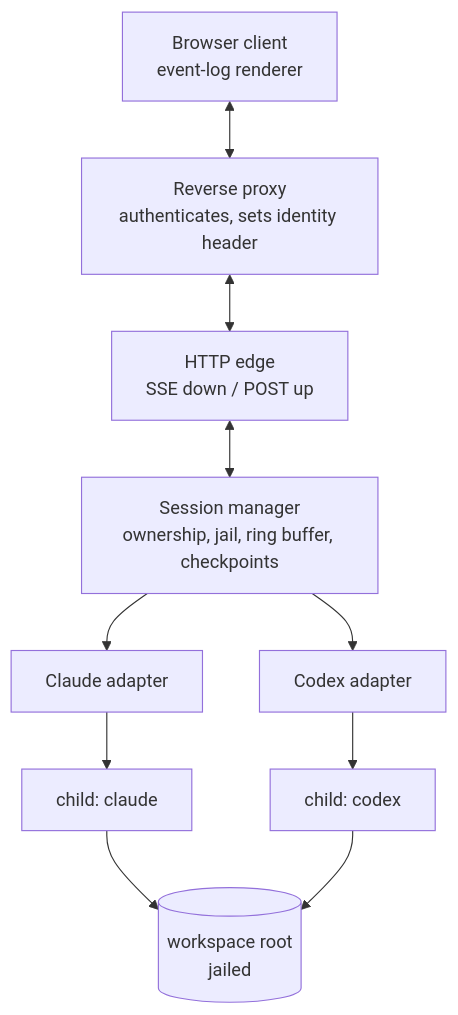
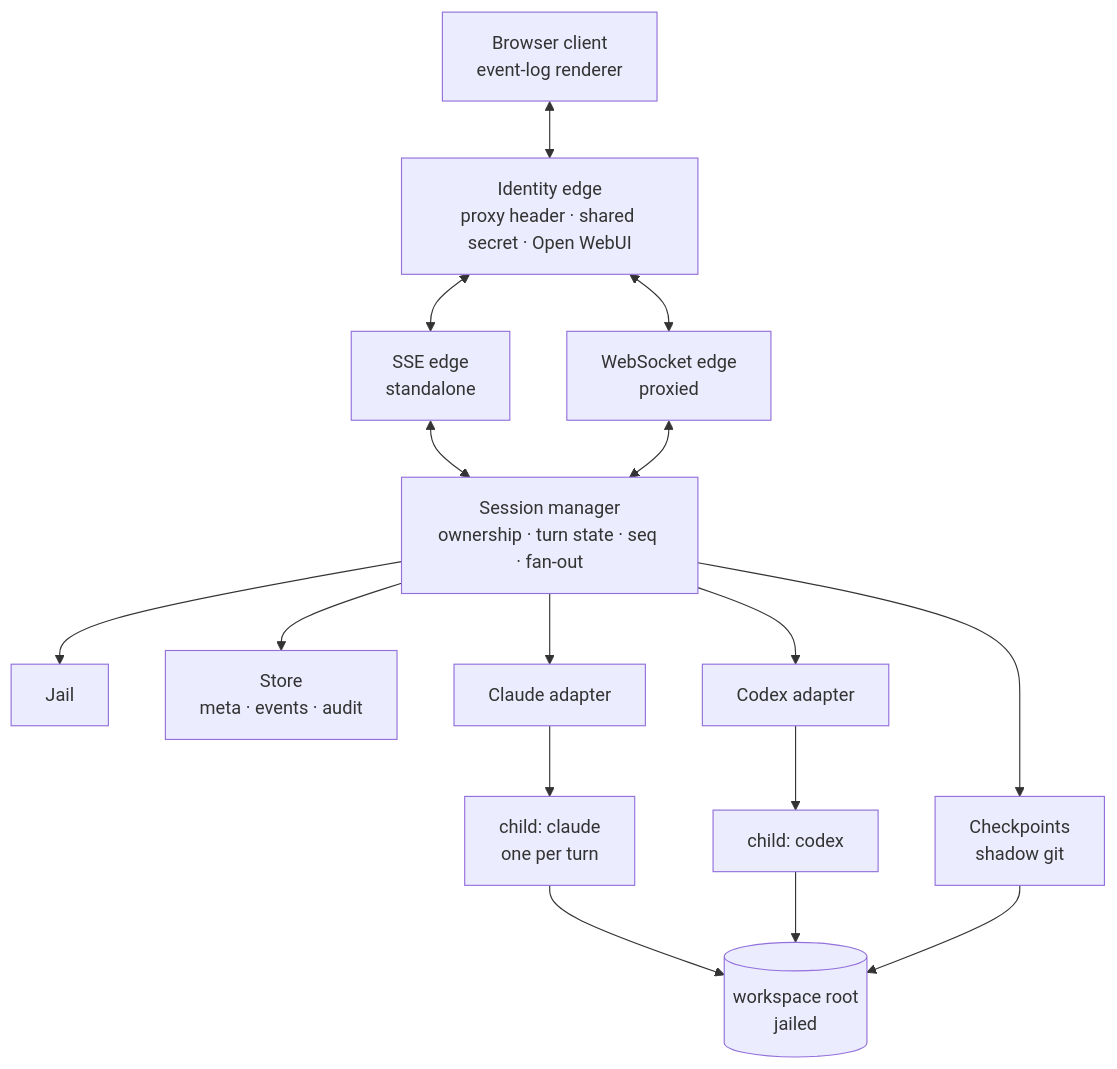
One commit to The-Running-Dev/SubZeroDev.SkyNetHR changed the first of 2 diagrams in design/10-design.md. Above: the diagram before and after it, drawn with Mermaid. The commit also changed other lines of this file and 1 other file, not shown here.

````diff
--- a/design/10-design.md
+++ b/design/10-design.md
@@ -7,18 +7,28 @@
 ```mermaid
 flowchart TB
     B["Browser client<br/>event-log renderer"]
-    P["Reverse proxy<br/>authenticates, sets identity header"]
-    E["HTTP edge<br/>SSE down / POST up"]
-    S["Session manager<br/>ownership, jail, ring buffer, checkpoints"]
+    P["Identity edge<br/>proxy header · shared secret · Open WebUI"]
+    E1["SSE edge<br/>standalone"]
+    E2["WebSocket edge<br/>proxied"]
+    S["Session manager<br/>ownership · turn state · seq · fan-out"]
+    J["Jail"]
+    K["Checkpoints<br/>shadow git"]
+    ST["Store<br/>meta · events · audit"]
     A1["Claude adapter"]
     A2["Codex adapter"]
-    C1["child: claude"]
+    C1["child: claude<br/>one per turn"]
     C2["child: codex"]
     W[("workspace root<br/>jailed")]
 
-    B <--> P <--> E <--> S
+    B <--> P
+    P <--> E1 <--> S
+    P <--> E2 <--> S
+    S --> J
+    S --> K
+    S --> ST
     S --> A1 --> C1
     S --> A2 --> C2
     C1 --> W
     C2 --> W
+    K --> W
 ```
````
